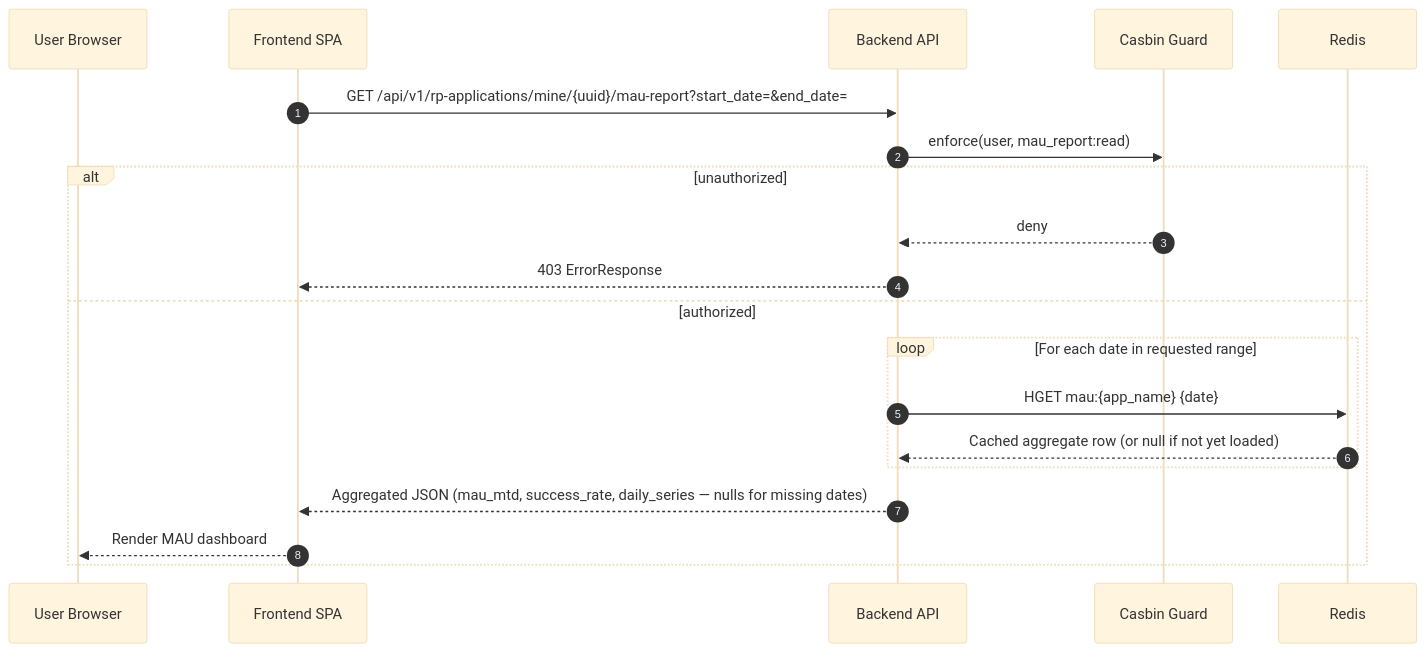
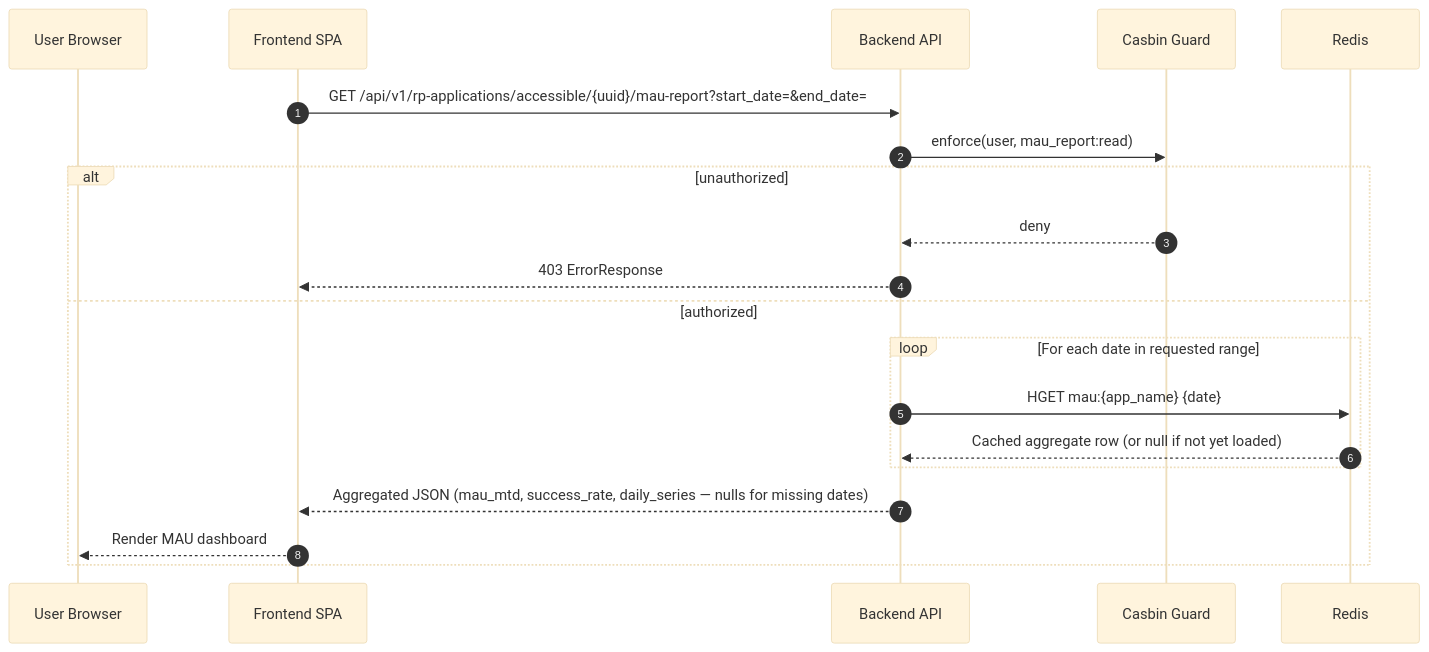
Before and after one commit to cds-snc/canadalogin-partner-portal: the tenth of 13 diagrams in docs/plans/partner-portal-mvp-data-flows.md, drawn with Mermaid (base theme). The commit also changed other lines of this file and 1343 other files, not shown here.

````diff
--- a/docs/plans/partner-portal-mvp-data-flows.md
+++ b/docs/plans/partner-portal-mvp-data-flows.md
@@ -287,23 +293,23 @@
 ```mermaid
 sequenceDiagram
     autonumber
     participant U as User Browser
     participant FE as Frontend SPA
     participant BE as Backend API
     participant C as Casbin Guard
     participant R as Redis
 
-    FE->>BE: GET /api/v1/rp-applications/mine/{uuid}/mau-report?start_date=&end_date=
+    FE->>BE: GET /api/v1/rp-applications/accessible/{uuid}/mau-report?start_date=&end_date=
     BE->>C: enforce(user, mau_report:read)
     alt unauthorized
         C-->>BE: deny
         BE-->>FE: 403 ErrorResponse
     else authorized
         loop For each date in requested range
             BE->>R: HGET mau:{app_name} {date}
             R-->>BE: Cached aggregate row (or null if not yet loaded)
         end
         BE-->>FE: Aggregated JSON (mau_mtd, success_rate, daily_series — nulls for missing dates)
         FE-->>U: Render MAU dashboard
     end
 ```
````
